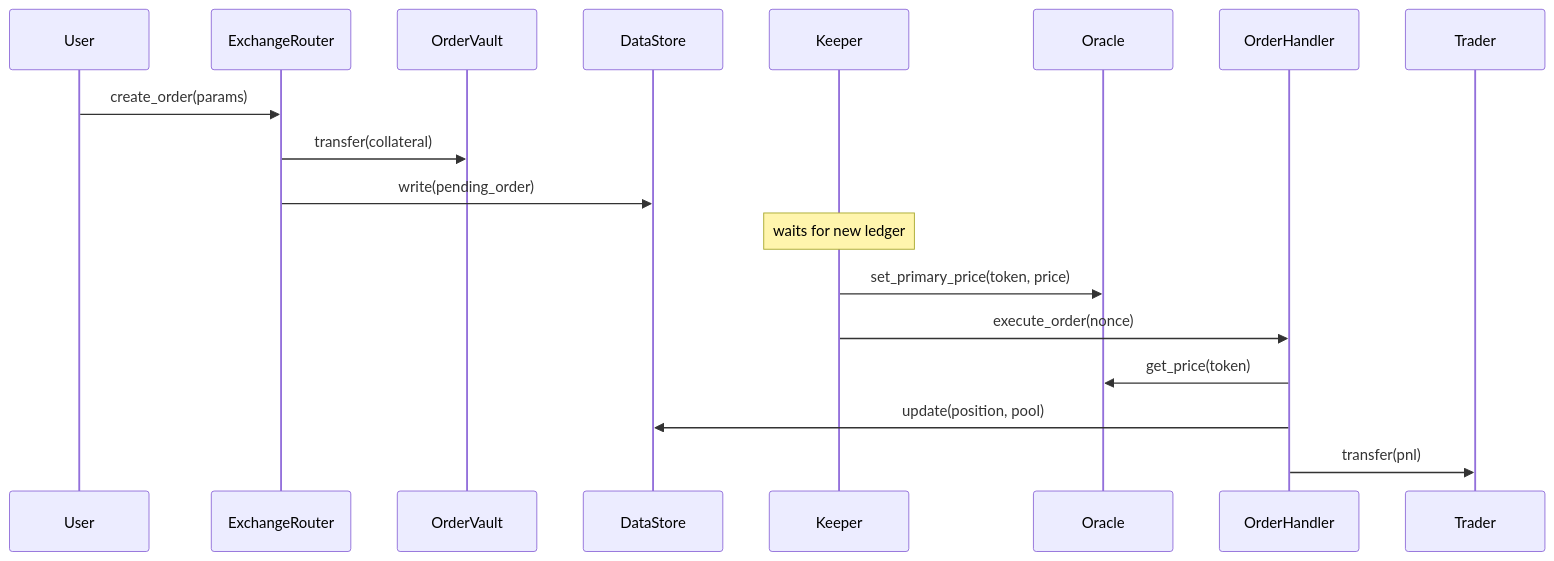
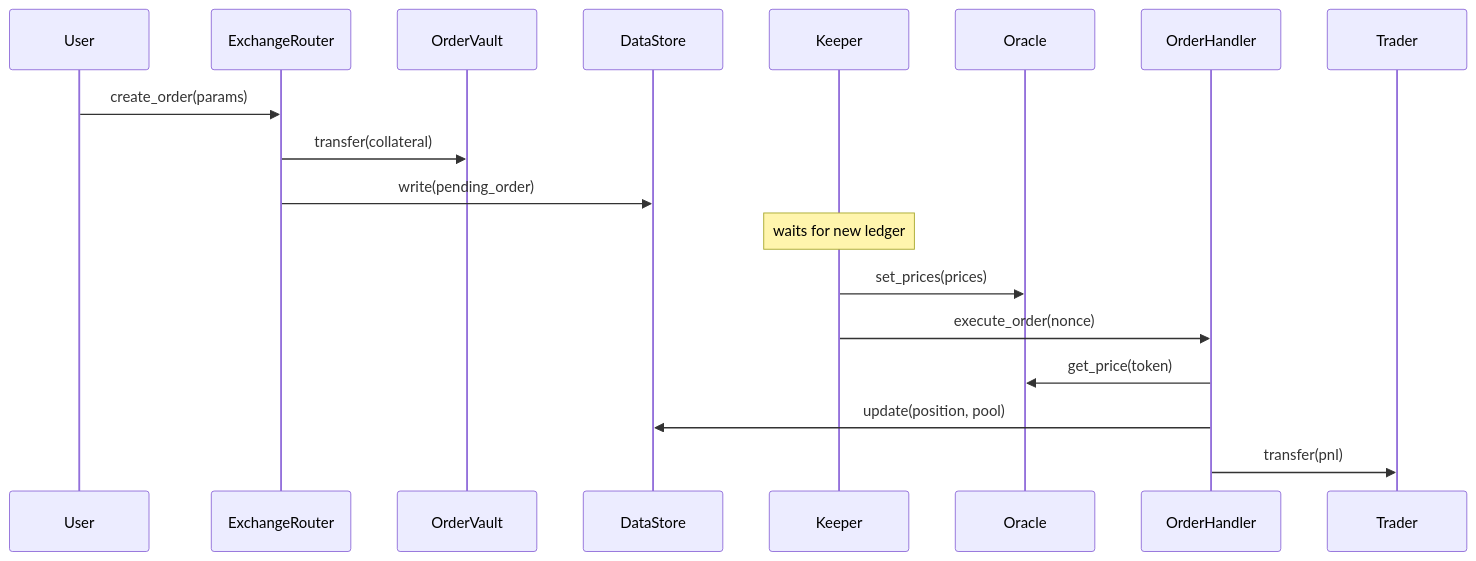
Before and after one commit to SO4-Markets/contracts: the diagram in docs/keeper-execution-flow.md, drawn with Mermaid. The commit also changed other lines of this file and 1 other file, not shown here.

First line of the commit message:
docs: fix keeper flow's nonexistent set_primary_price and exchange-router's incomplete Error Codes table

````diff
--- a/docs/keeper-execution-flow.md
+++ b/docs/keeper-execution-flow.md
@@ -14,23 +14,23 @@
 ```mermaid
 sequenceDiagram
   participant User
   participant ExchangeRouter
   participant OrderVault
   participant DataStore
   participant Keeper
   participant Oracle
   participant OrderHandler
   participant Trader
 
   User->>ExchangeRouter: create_order(params)
   ExchangeRouter->>OrderVault: transfer(collateral)
   ExchangeRouter->>DataStore: write(pending_order)
 
   Note over Keeper: waits for new ledger
 
-  Keeper->>Oracle: set_primary_price(token, price)
+  Keeper->>Oracle: set_prices(prices)
   Keeper->>OrderHandler: execute_order(nonce)
   OrderHandler->>Oracle: get_price(token)
   OrderHandler->>DataStore: update(position, pool)
   OrderHandler->>Trader: transfer(pnl)
 ```
````
